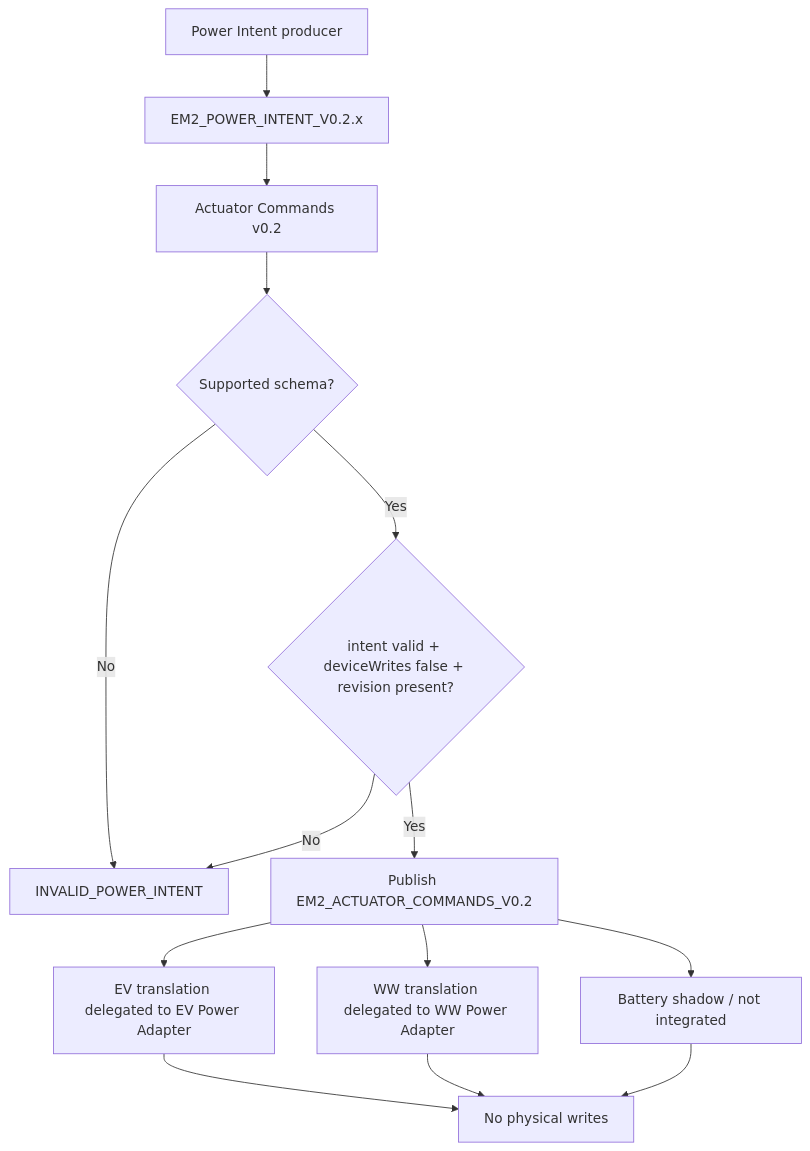
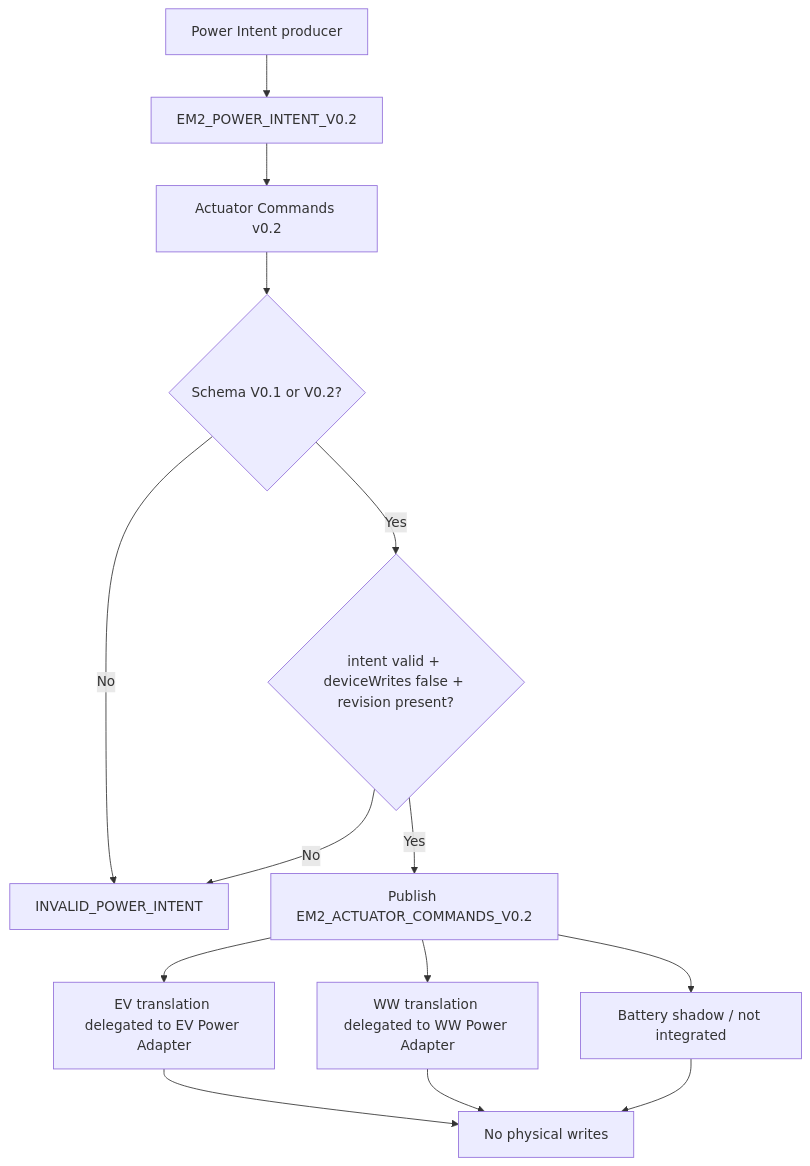
The eighth of 9 diagrams in docs/software-architecture/flows/planner-power-intent-flow.md (OnsKasteeltje/homey-energy-manual), drawn with Mermaid before and after one commit. The commit also changed other lines of this file, not shown here.

Commit message:
docs: keep Power Intent schema V0.2 compatible

````diff
--- a/docs/software-architecture/flows/planner-power-intent-flow.md
+++ b/docs/software-architecture/flows/planner-power-intent-flow.md
@@ -339,16 +343,16 @@
 ```mermaid
 flowchart TD
-    A[Power Intent producer] --> B[EM2_POWER_INTENT_V0.2.x]
+    A[Power Intent producer] --> B[EM2_POWER_INTENT_V0.2]
     B --> C[Actuator Commands v0.2]
-    C --> D{Supported schema?}
+    C --> D{Schema V0.1 or V0.2?}
     D -->|No| E[INVALID_POWER_INTENT]
     D -->|Yes| F{intent valid + deviceWrites false + revision present?}
     F -->|No| E
     F -->|Yes| G[Publish EM2_ACTUATOR_COMMANDS_V0.2]
     G --> H[EV translation delegated to EV Power Adapter]
     G --> I[WW translation delegated to WW Power Adapter]
     G --> J[Battery shadow / not integrated]
     H --> K[No physical writes]
     I --> K
     J --> K
 ```
````
